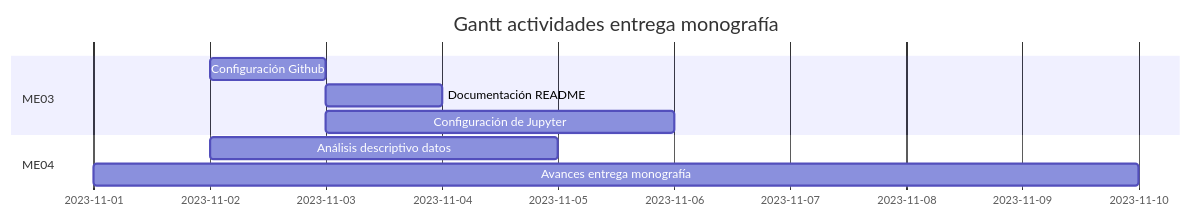
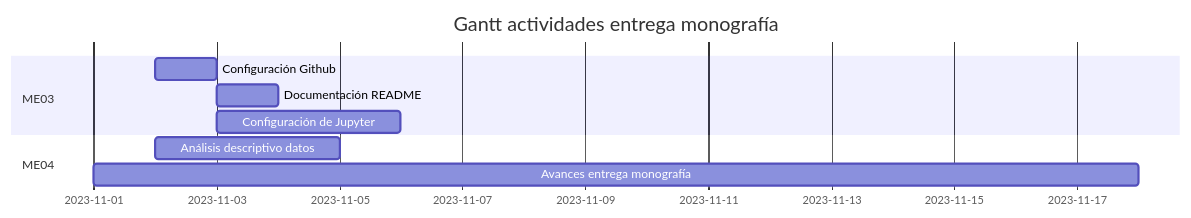
The diagram in README.md (MoisesGuerreroUdeA/Seminario-Analitica-CDatos), drawn with Mermaid before and after one commit. The commit also changed other lines of this file and 6 other files, not shown here.

````diff
--- a/README.md
+++ b/README.md
@@ -53,12 +50,12 @@
 ```mermaid
 gantt
     title Gantt actividades entrega monografía
     dateFormat YYYY-MM-DD
     section ME03
         Configuración Github:a1, 2023-11-02, 1d
         Documentación README:a2, 2023-11-03, 2023-11-04
         Configuración de Jupyter:a3, 2023-11-03, 2023-11-06
     section ME04
         Análisis descriptivo datos:a1, 2023-11-02,2023-11-05
-        Avances entrega monografía: a2, 2023-11-01, 2023-11-10
+        Avances entrega monografía: a2, 2023-11-01, 2023-11-18
 ```
````
